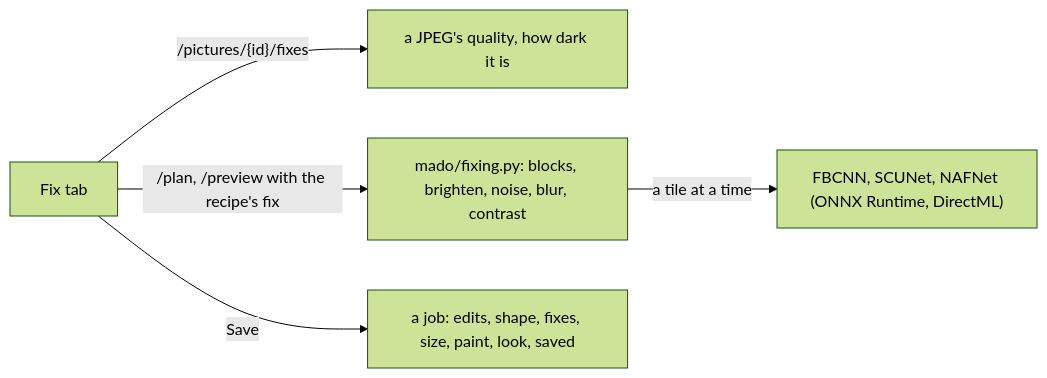
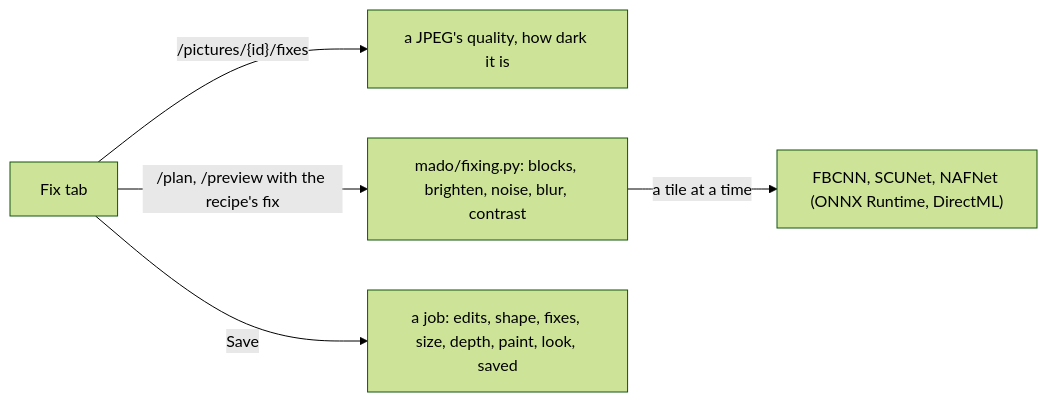
One commit to frankgrobbelaar/mado changed the eighth of 12 diagrams in docs/architecture.md. Above: the diagram before and after it, drawn with Mermaid (forest theme). The commit also changed other lines of this file and 82 other files, not shown here.

````diff
--- a/docs/architecture.md
+++ b/docs/architecture.md
@@ -258,7 +258,7 @@
 ```mermaid
 flowchart LR
     tab["Fix tab"] -- "/pictures/{id}/fixes" --> found["a JPEG's quality, how dark it is"]
     tab -- "/plan, /preview with the recipe's fix" --> fix["mado/fixing.py: blocks, brighten, noise, blur, contrast"]
     fix -- "a tile at a time" --> models["FBCNN, SCUNet, NAFNet (ONNX Runtime, DirectML)"]
-    tab -- "Save" --> job["a job: edits, shape, fixes, size, paint, look, saved"]
+    tab -- "Save" --> job["a job: edits, shape, fixes, size, depth, paint, look, saved"]
 ```
````
